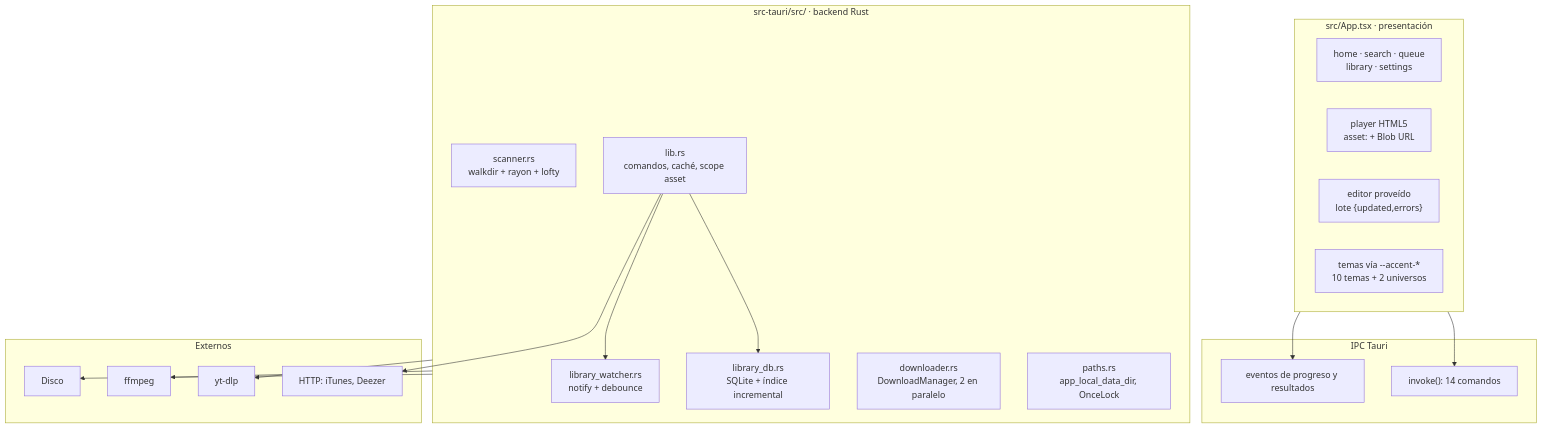
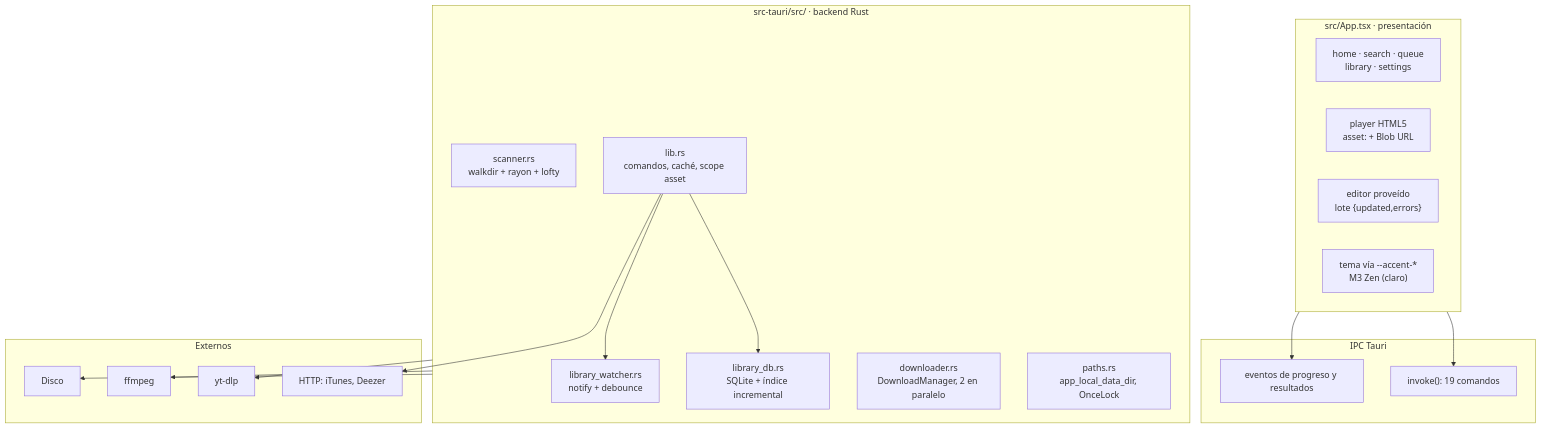
One commit to YordanoCS1/sakura-music changed the second of 6 diagrams in docs/arquitectura.md. Above: the diagram before and after it, drawn with Mermaid. The commit also changed other lines of this file and 1 other file, not shown here.

Commit message:
docs: actualizar README y arquitectura (tema unico M3 Zen, SQLite y watcher, vista Pared, 19 comandos, 17 tests)

````diff
--- a/docs/arquitectura.md
+++ b/docs/arquitectura.md
@@ -26,39 +26,39 @@
 ```mermaid
 flowchart TB
     subgraph UI["src/App.tsx · presentación"]
         HOME["home · search · queue<br/>library · settings"]
         PLAYER["player HTML5<br/>asset: + Blob URL"]
         EDITOR["editor proveído<br/>lote {updated,errors}"]
-        THEME["temas vía --accent-*<br/>10 temas + 2 universos"]
+        THEME["tema vía --accent-*<br/>M3 Zen (claro)"]
     end
 
     subgraph IPC["IPC Tauri"]
-        CMD["invoke(): 14 comandos"]
+        CMD["invoke(): 19 comandos"]
         EVT["eventos de progreso y resultados"]
     end
 
     subgraph CORE["src-tauri/src/ · backend Rust"]
         SCAN["scanner.rs<br/>walkdir + rayon + lofty"]
         DB["library_db.rs<br/>SQLite + índice incremental"]
         WATCH["library_watcher.rs<br/>notify + debounce"]
         DL["downloader.rs<br/>DownloadManager, 2 en paralelo"]
         PATH["paths.rs<br/>app_local_data_dir, OnceLock"]
         LIB["lib.rs<br/>comandos, caché, scope asset"]
     end
 
     subgraph EXT["Externos"]
         YTDLP["yt-dlp"]
         FFMPEG["ffmpeg"]
         NET["HTTP: iTunes, Deezer"]
         DISK["Disco"]
     end
 
     UI --> CMD
     UI --> EVT
     LIB --> DB
     LIB --> WATCH
     CORE --> YTDLP
     CORE --> FFMPEG
     LIB --> NET
     CORE --> DISK
 ```
````
